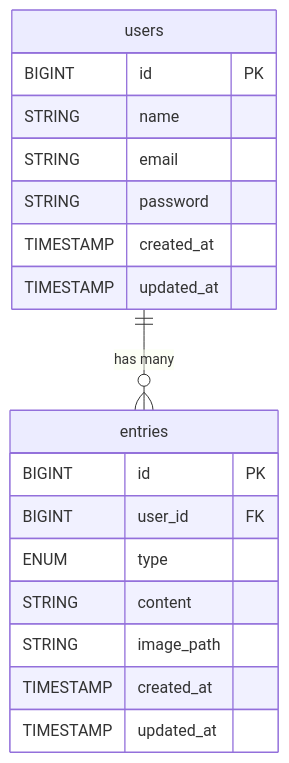
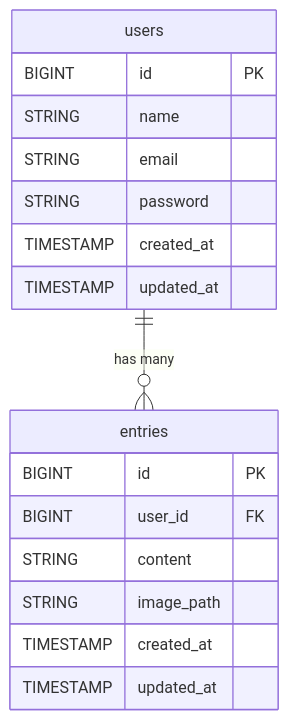
Before and after one commit to Dreammall/gleam-jar: the diagram in README.md, drawn with Mermaid. The commit also changed other lines of this file, not shown here.

````diff
--- a/README.md
+++ b/README.md
@@ -25,24 +23,23 @@
 ```mermaid
 erDiagram
     users {
         BIGINT id PK
         STRING name
         STRING email
         STRING password
         TIMESTAMP created_at
         TIMESTAMP updated_at
     }
 
     entries {
         BIGINT id PK
         BIGINT user_id FK
-        ENUM type
         STRING content
         STRING image_path
         TIMESTAMP created_at
         TIMESTAMP updated_at
     }
 
     users ||--o{ entries : "has many"
 
 ```
````
